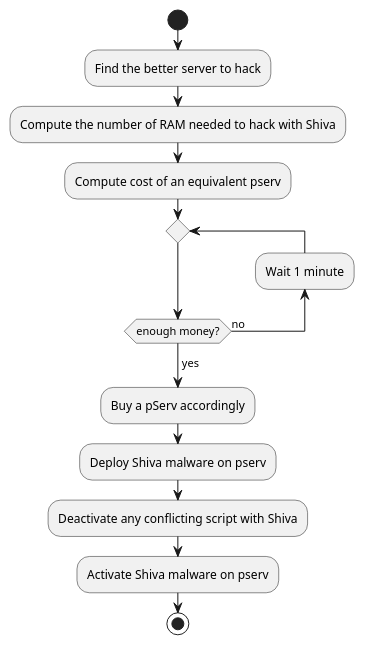
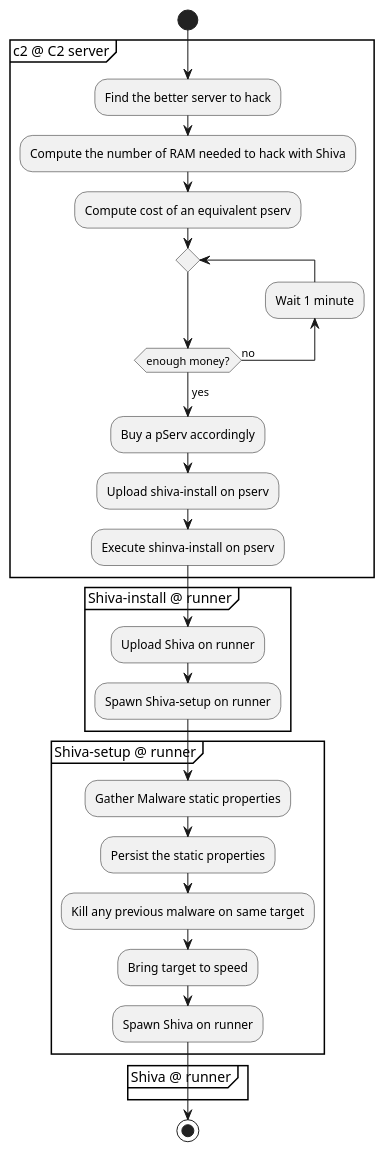
One commit to Desvart/bitburner changed the diagram in doc/cc-logic.puml. Above: the diagram before and after it, drawn with PlantUML. The commit also changed 65 other files, not shown here.

Commit message:
Finalize C2 & shiva malware. => Functional !

```diff
--- a/doc/cc-logic.puml
+++ b/doc/cc-logic.puml
@@ -1,22 +1,41 @@
 @startuml
 'https://plantuml.com/activity-diagram-beta
 
 start
-:Find the better server to hack;
-:Compute the number of RAM needed to hack with Shiva;
-:Compute cost of an equivalent pserv;
 
-repeat
-    backward:Wait 1 minute;
-repeat while (enough money?) is (no)
-->yes;
+group c2 @ C2 server
+    :Find the better server to hack;
+    :Compute the number of RAM needed to hack with Shiva;
+    :Compute cost of an equivalent pserv;
 
-:Buy a pServ accordingly;
+    repeat
+        backward:Wait 1 minute;
+    repeat while (enough money?) is (no)
+    ->yes;
 
-:Deploy Shiva malware on pserv;
-:Deactivate any conflicting script with Shiva;
-:Activate Shiva malware on pserv;
+    :Buy a pServ accordingly;
+
+    :Upload shiva-install on pserv;
+    :Execute shinva-install on pserv;
+end group
+
+group Shiva-install @ runner
+    :Upload Shiva on runner;
+    :Spawn Shiva-setup on runner;
+end group
+
+group Shiva-setup @ runner
+    :Gather Malware static properties;
+    :Persist the static properties;
+    :Kill any previous malware on same target;
+    :Bring target to speed;
+    :Spawn Shiva on runner;
+end group
+
+group Shiva @ runner
+
+end group
 
 stop
 
 @enduml
```
